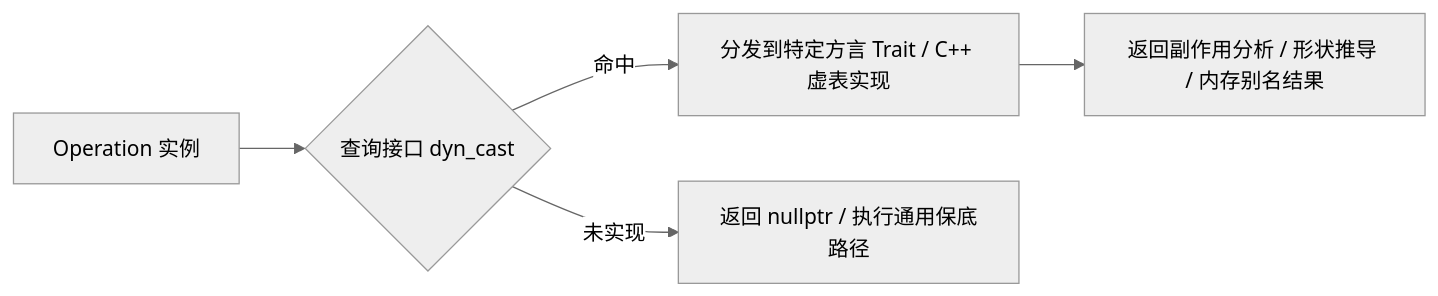
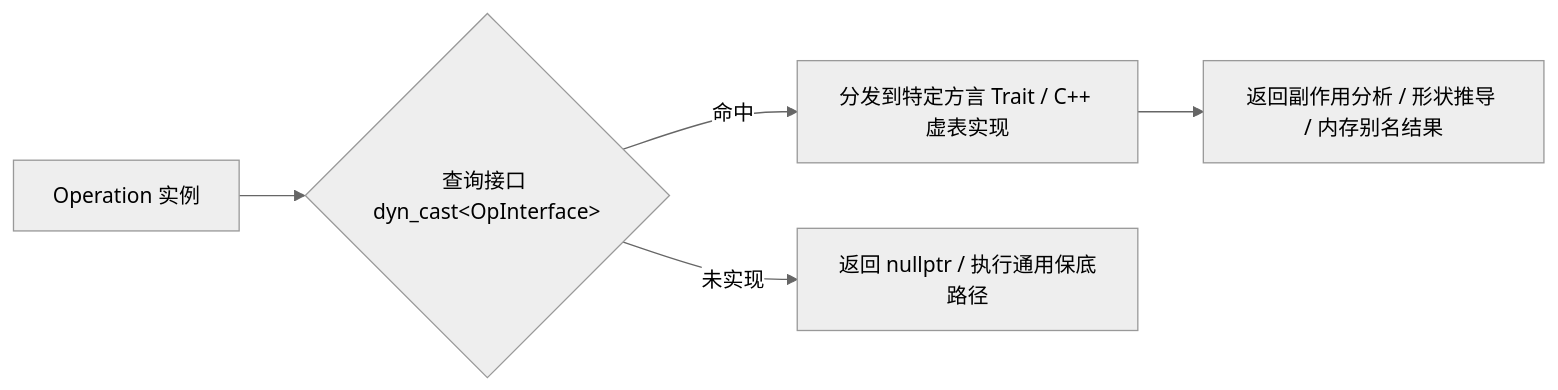
Before and after one commit to hsthanb4/hpclearning: the second of 2 diagrams in mlir/lesson02_dialects_types.qmd, drawn with Mermaid (neutral theme). The commit also changed 17 other files, not shown here.

Commit message:
fix(docs): switch to native MathML, resolve Mermaid syntax errors, and fix broken internal links across all courses

````diff
--- a/mlir/lesson02_dialects_types.qmd
+++ b/mlir/lesson02_dialects_types.qmd
@@ -58,7 +58,7 @@
 ```{mermaid}
 flowchart LR
-    Op["Operation 实例"] --> Query{"查询接口 dyn_cast<OpInterface>"}
+    Op["Operation 实例"] --> Query{"查询接口 dyn_cast&lt;OpInterface&gt;"}
     Query -->|命中| CallMethod["分发到特定方言 Trait / C++ 虚表实现"]
     Query -->|未实现| Fallback["返回 nullptr / 执行通用保底路径"]
     CallMethod --> Result["返回副作用分析 / 形状推导 / 内存别名结果"]
 ```
````
